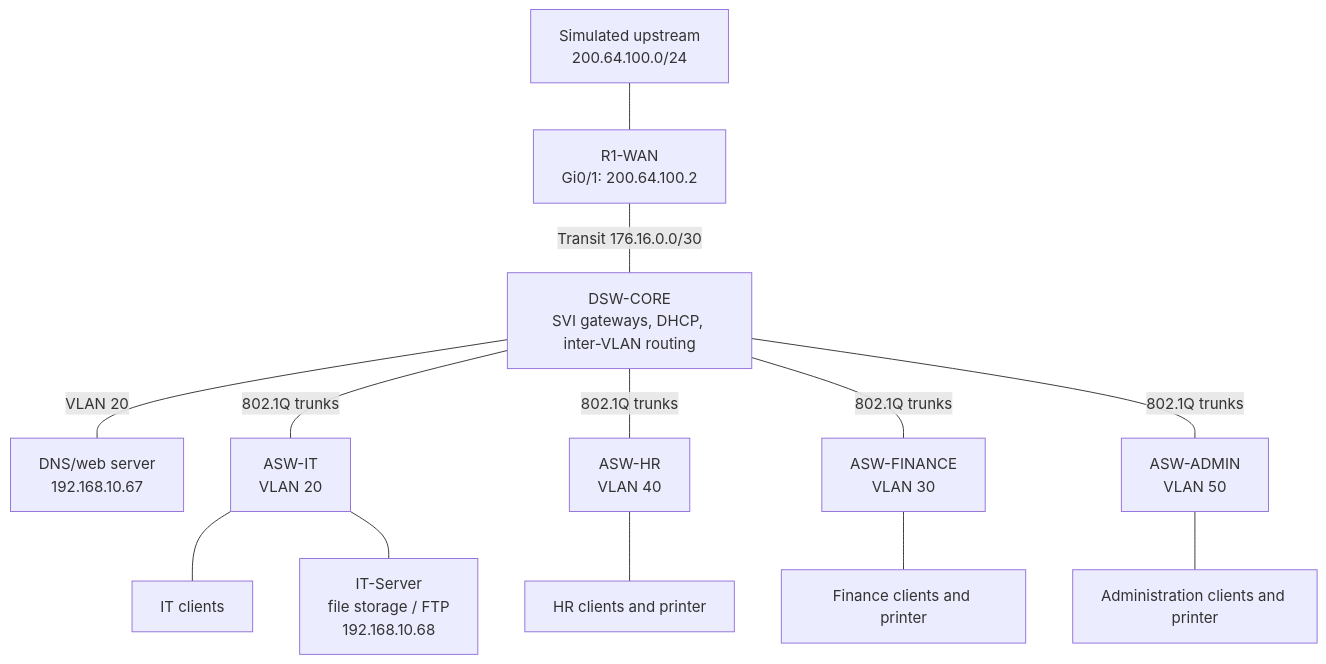
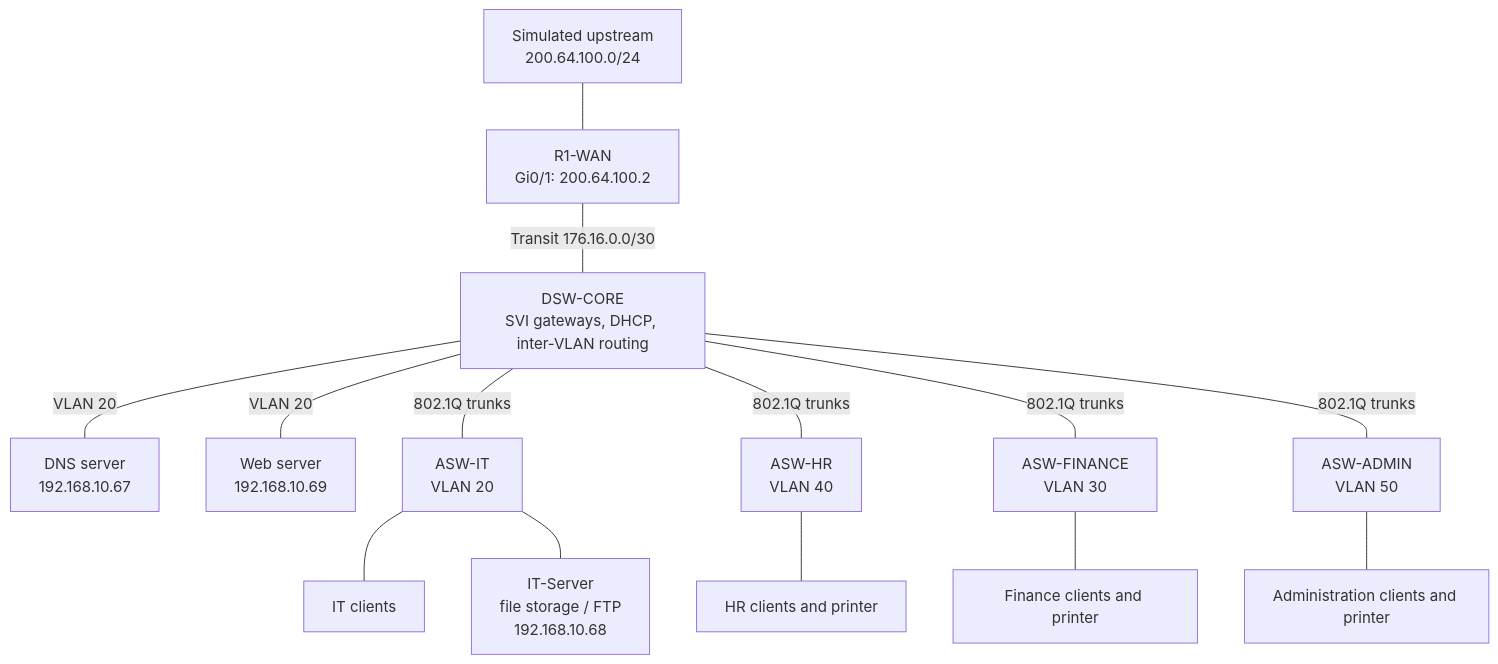
One commit to 1Feycode/Abyssinia-Enterprise-Network changed the diagram in README.md. Above: the diagram before and after it, drawn with Mermaid. The commit also changed other lines of this file and 10 other files, not shown here.

````diff
--- a/README.md
+++ b/README.md
@@ -28,15 +28,16 @@
 ```mermaid
 flowchart TB
     UP["Simulated upstream<br/>200.64.100.0/24"] --- R1["R1-WAN<br/>Gi0/1: 200.64.100.2"]
     R1 ---|"Transit 176.16.0.0/30"| CORE["DSW-CORE<br/>SVI gateways, DHCP, inter-VLAN routing"]
-    CORE ---|"VLAN 20"| DNS["DNS/web server<br/>192.168.10.67"]
+    CORE ---|"VLAN 20"| DNS["DNS server<br/>192.168.10.67"]
+    CORE ---|"VLAN 20"| WEB["Web server<br/>192.168.10.69"]
     CORE ---|"802.1Q trunks"| IT["ASW-IT<br/>VLAN 20"]
     CORE ---|"802.1Q trunks"| HR["ASW-HR<br/>VLAN 40"]
     CORE ---|"802.1Q trunks"| FIN["ASW-FINANCE<br/>VLAN 30"]
     CORE ---|"802.1Q trunks"| ADMIN["ASW-ADMIN<br/>VLAN 50"]
     IT --- ITPC["IT clients"]
     IT --- FTP["IT-Server<br/>file storage / FTP<br/>192.168.10.68"]
     HR --- HRPC["HR clients and printer"]
     FIN --- FINPC["Finance clients and printer"]
     ADMIN --- ADMINPC["Administration clients and printer"]
 ```
````
